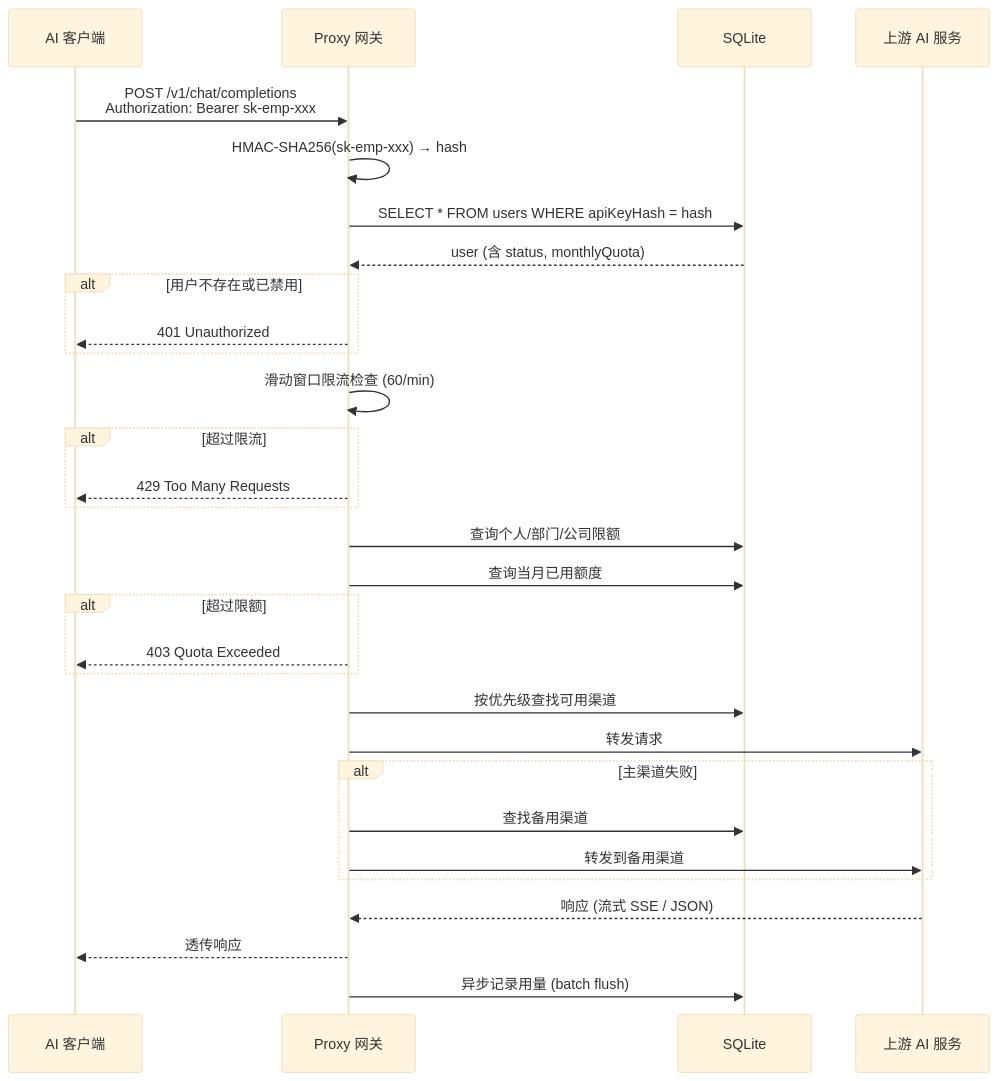
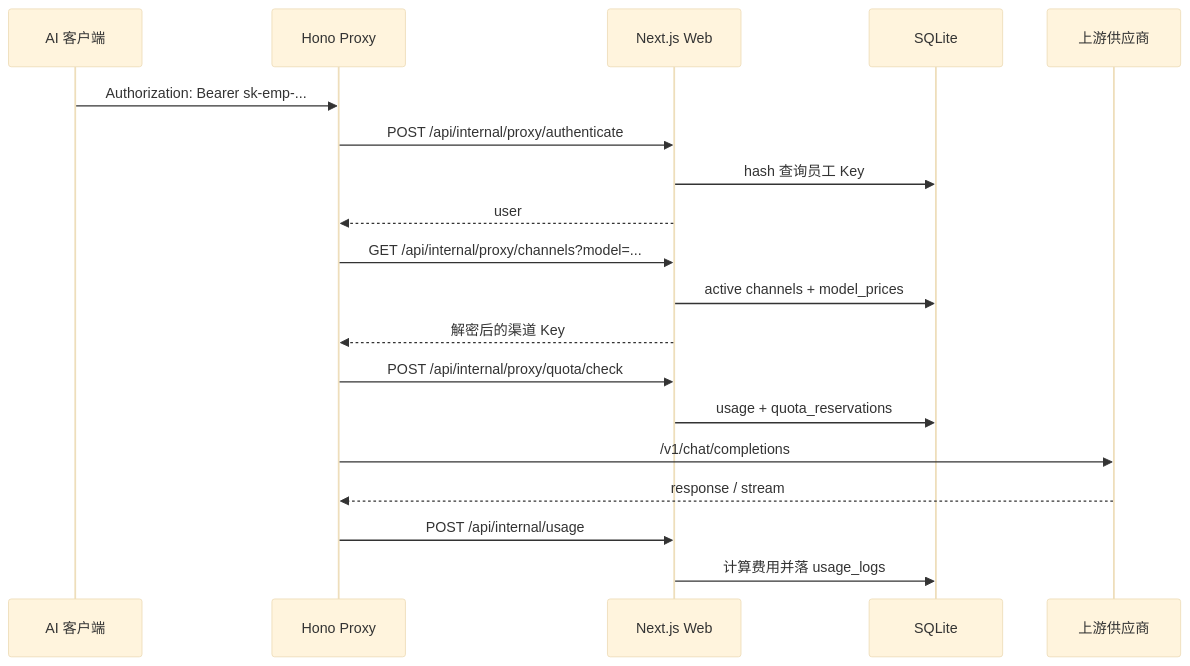
One commit to kristen1015man-ai/ai-token-manager changed the second of 2 diagrams in docs/ARCHITECTURE.md. Above: the diagram before and after it, drawn with Mermaid (base theme). The commit also changed other lines of this file and 15 other files, not shown here.

````diff
--- a/docs/ARCHITECTURE.md
+++ b/docs/ARCHITECTURE.md
@@ -95,42 +114,22 @@
 ```mermaid
 sequenceDiagram
-    participant C as AI 客户端
-    participant P as Proxy 网关
-    participant DB as SQLite
-    participant AI as 上游 AI 服务
+  participant Client as AI 客户端
+  participant Proxy as Hono Proxy
+  participant Web as Next.js Web
+  participant DB as SQLite
+  participant Upstream as 上游供应商
 
-    C->>P: POST /v1/chat/completions<br/>Authorization: Bearer sk-emp-xxx
-
-    P->>P: HMAC-SHA256(sk-emp-xxx) → hash
-    P->>DB: SELECT * FROM users WHERE apiKeyHash = hash
-    DB-->>P: user (含 status, monthlyQuota)
-
-    alt 用户不存在或已禁用
-        P-->>C: 401 Unauthorized
-    end
-
-    P->>P: 滑动窗口限流检查 (60/min)
-
-    alt 超过限流
-        P-->>C: 429 Too Many Requests
-    end
-
-    P->>DB: 查询个人/部门/公司限额
-    P->>DB: 查询当月已用额度
-
-    alt 超过限额
-        P-->>C: 403 Quota Exceeded
-    end
-
-    P->>DB: 按优先级查找可用渠道
-    P->>AI: 转发请求
-
-    alt 主渠道失败
-        P->>DB: 查找备用渠道
-        P->>AI: 转发到备用渠道
-    end
-
-    AI-->>P: 响应 (流式 SSE / JSON)
-    P-->>C: 透传响应
-    P->>DB: 异步记录用量 (batch flush)
+  Client->>Proxy: Authorization: Bearer sk-emp-...
+  Proxy->>Web: POST /api/internal/proxy/authenticate
+  Web->>DB: hash 查询员工 Key
+  Web-->>Proxy: user
+  Proxy->>Web: GET /api/internal/proxy/channels?model=...
+  Web->>DB: active channels + model_prices
+  Web-->>Proxy: 解密后的渠道 Key
+  Proxy->>Web: POST /api/internal/proxy/quota/check
+  Web->>DB: usage + quota_reservations
+  Proxy->>Upstream: /v1/chat/completions
+  Upstream-->>Proxy: response / stream
+  Proxy->>Web: POST /api/internal/usage
+  Web->>DB: 计算费用并落 usage_logs
 ```
````
